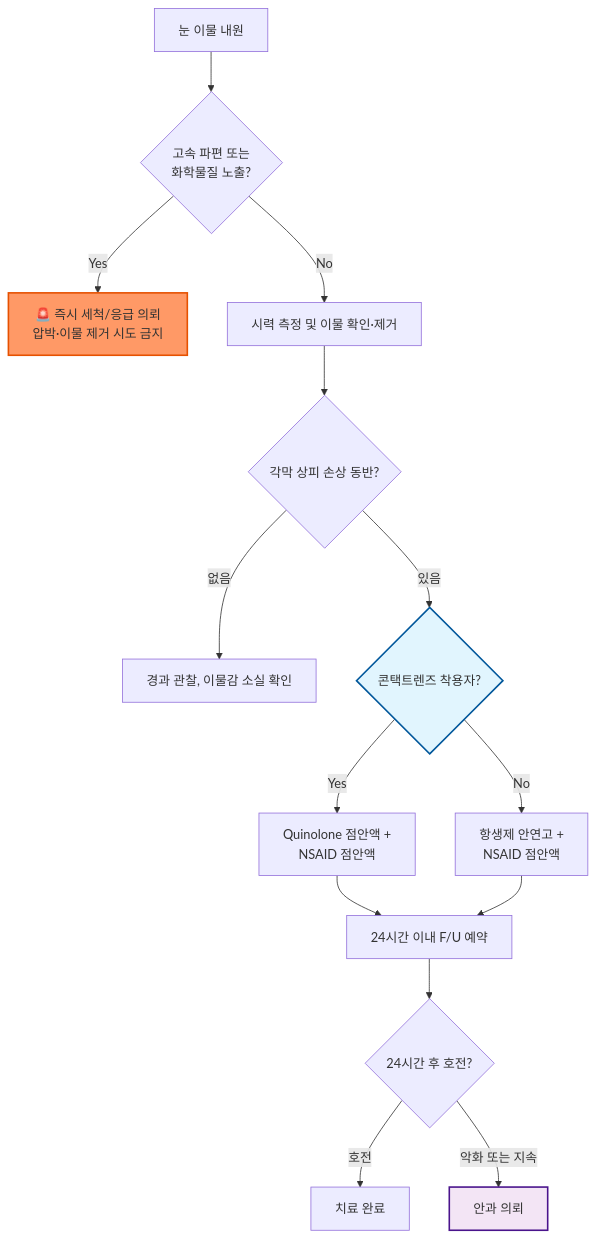
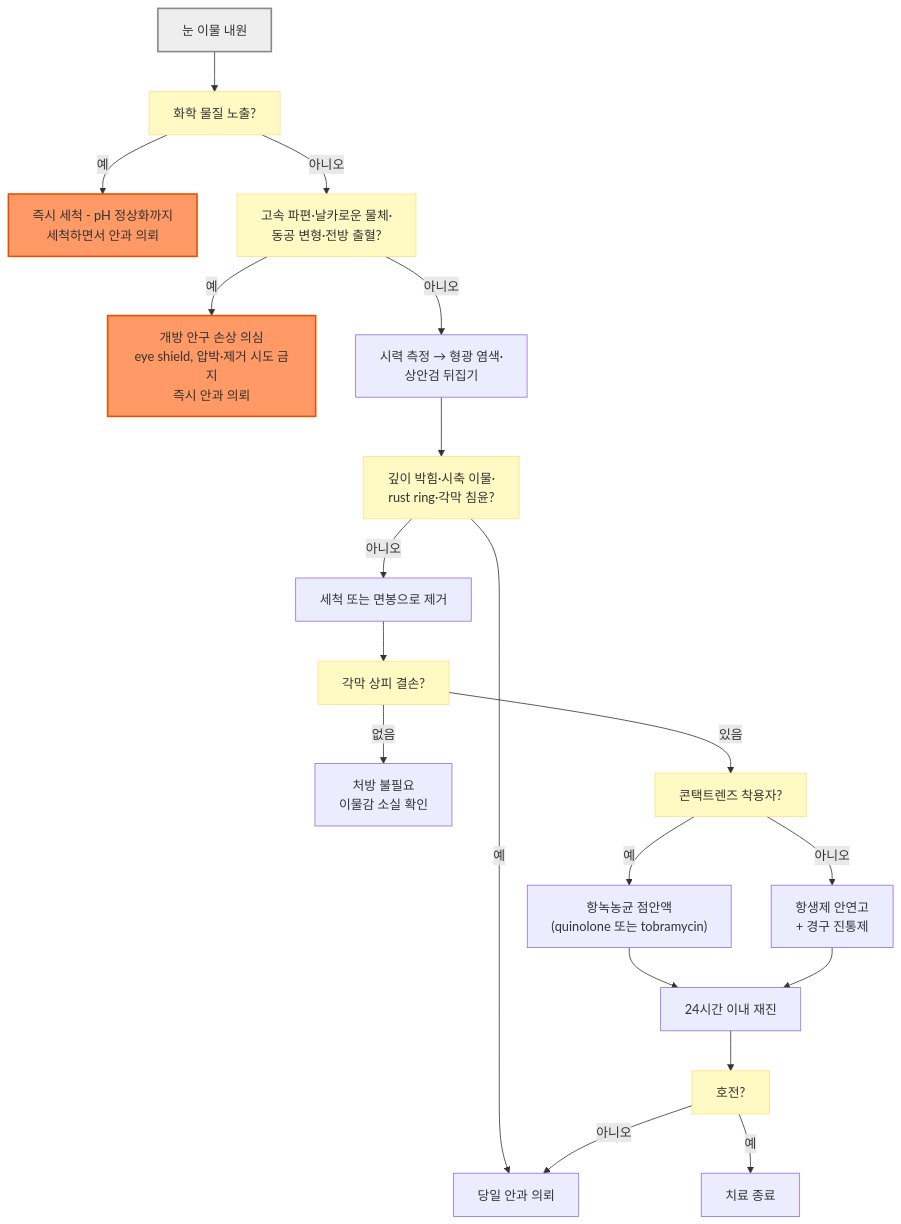
One commit to familyoh77/familyoh77 changed the diagram in 222_/045_-foreign-body-in-the-eye.md. Above: the diagram before and after it, drawn with Mermaid. The commit also changed other lines of this file and 1 other file, not shown here.

````diff
--- a/222_/045_-foreign-body-in-the-eye.md
+++ b/222_/045_-foreign-body-in-the-eye.md
@@ -58,19 +67,31 @@
 ```mermaid
 graph TD
-    A[눈 이물 내원] --> B{고속 파편 또는<br/>화학물질 노출?}
-    B -- Yes --> C[🚨 즉시 세척/응급 의뢰<br/>압박·이물 제거 시도 금지]
-    B -- No --> D[시력 측정 및 이물 확인·제거]
-    D --> E{각막 상피 손상 동반?}
-    E -- 없음 --> F[경과 관찰, 이물감 소실 확인]
-    E -- 있음 --> G{콘택트렌즈 착용자?}
-    G -- Yes --> H[Quinolone 점안액 +<br/>NSAID 점안액]
-    G -- No --> I[항생제 안연고 +<br/>NSAID 점안액]
-    H & I --> J[24시간 이내 F/U 예약]
-    J --> K{24시간 후 호전?}
-    K -- 호전 --> L[치료 완료]
-    K -- 악화 또는 지속 --> M[안과 의뢰]
+    A["눈 이물 내원"] --> B["화학 물질 노출?"]
+    B -- 예 --> C["즉시 세척 - pH 정상화까지<br/>세척하면서 안과 의뢰"]
+    B -- 아니오 --> D["고속 파편·날카로운 물체·<br/>동공 변형·전방 출혈?"]
+    D -- 예 --> E["개방 안구 손상 의심<br/>eye shield, 압박·제거 시도 금지<br/>즉시 안과 의뢰"]
+    D -- 아니오 --> F["시력 측정 → 형광 염색·<br/>상안검 뒤집기"]
+    F --> G["깊이 박힘·시축 이물·<br/>rust ring·각막 침윤?"]
+    G -- 예 --> H["당일 안과 의뢰"]
+    G -- 아니오 --> I["세척 또는 면봉으로 제거"]
+    I --> J["각막 상피 결손?"]
+    J -- 없음 --> K["처방 불필요<br/>이물감 소실 확인"]
+    J -- 있음 --> L["콘택트렌즈 착용자?"]
+    L -- 예 --> M["항녹농균 점안액<br/>(quinolone 또는 tobramycin)"]
+    L -- 아니오 --> N["항생제 안연고<br/>+ 경구 진통제"]
+    M --> O["24시간 이내 재진"]
+    N --> O
+    O --> P["호전?"]
+    P -- 예 --> Q["치료 종료"]
+    P -- 아니오 --> H
 
+    style A fill:#eeeeee,stroke:#888888,stroke-width:2px
+    style B fill:#fff9c4,stroke:#ffe082
+    style D fill:#fff9c4,stroke:#ffe082
+    style G fill:#fff9c4,stroke:#ffe082
+    style J fill:#fff9c4,stroke:#ffe082
+    style L fill:#fff9c4,stroke:#ffe082
+    style P fill:#fff9c4,stroke:#ffe082
     style C fill:#f96,stroke:#e65100,stroke-width:2px
-    style G fill:#e1f5fe,stroke:#01579b,stroke-width:2px
-    style M fill:#f3e5f5,stroke:#4a148c,stroke-width:2px
+    style E fill:#f96,stroke:#e65100,stroke-width:2px
 ```
````
